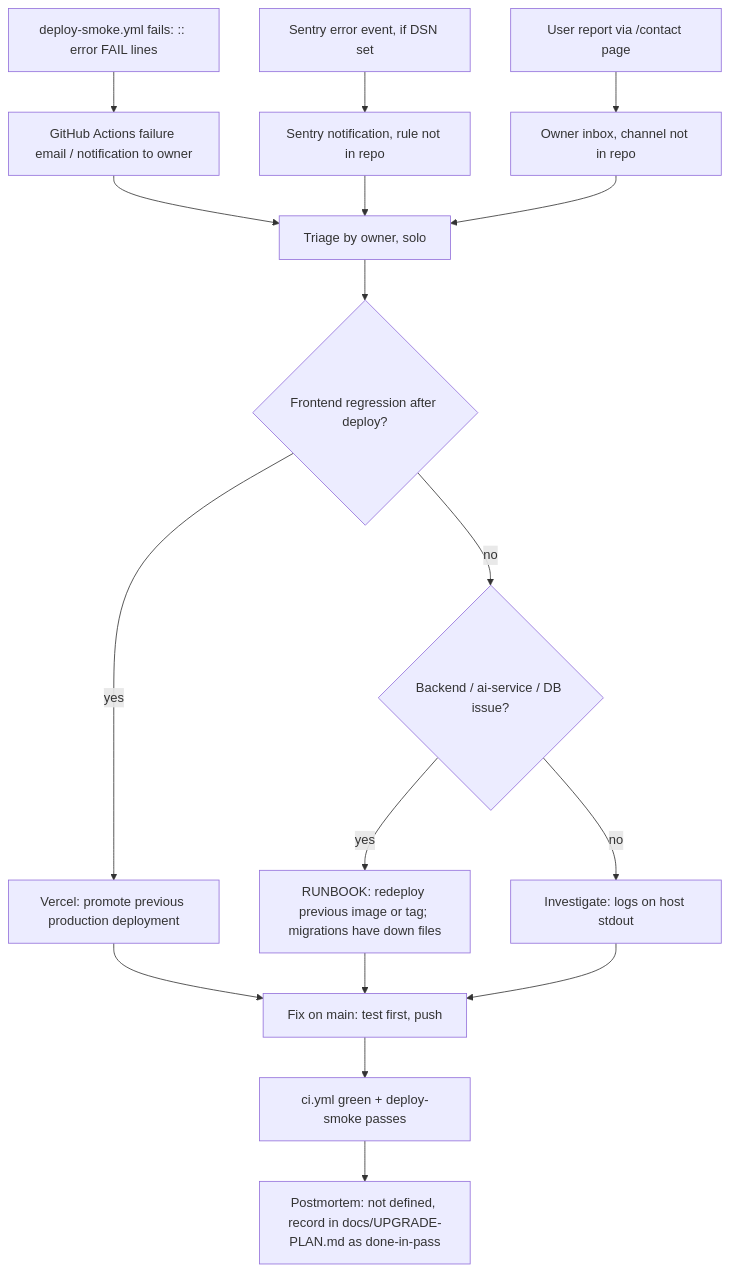
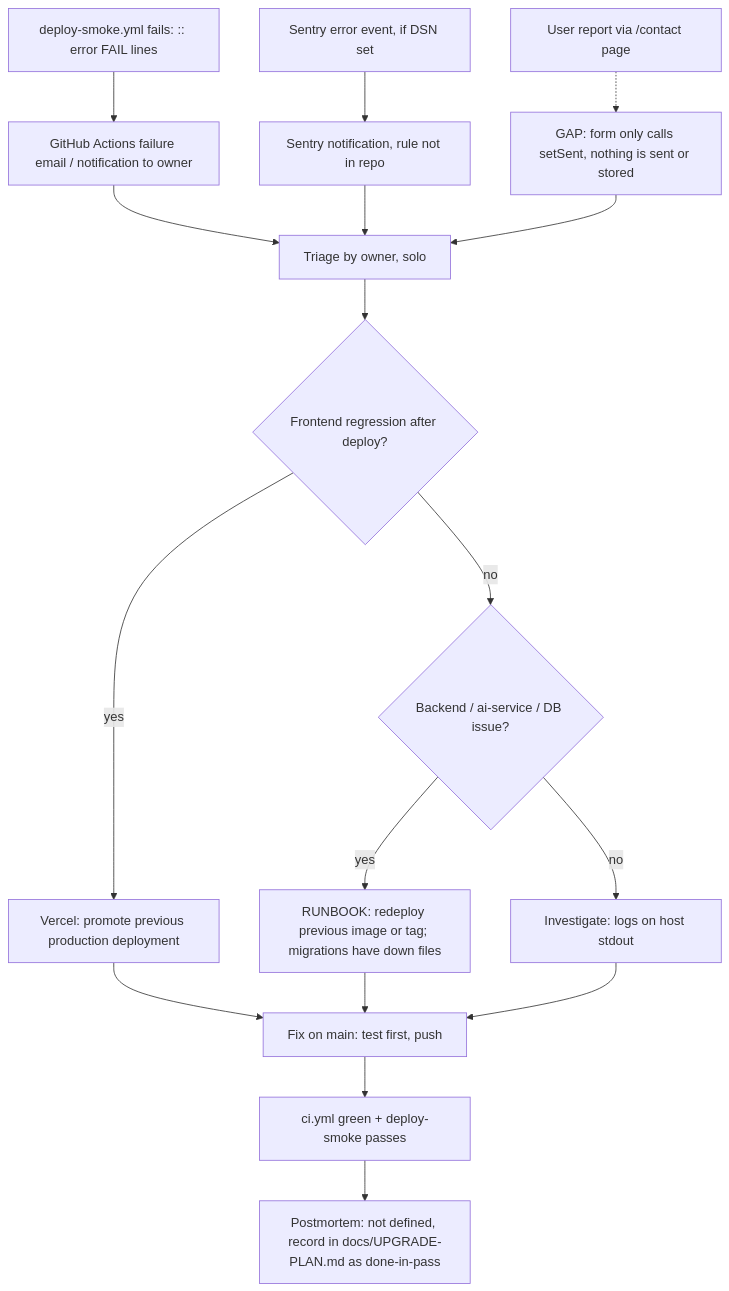
Before and after one commit to bookchaowalit-website/content-bookreading: the diagram in docs/diagrams/21-incident-response.md, drawn with Mermaid. The commit also changed other lines of this file and 2 other files, not shown here.

Commit message:
docs: qualify API-key encryption and mark contact form as a gap
Codex review: apikeys.go stores plaintext when API_KEY_ENCRYPTION_KEY is unset,
and the /contact form only sets local state, so it is not an incident channel.

````diff
--- a/docs/diagrams/21-incident-response.md
+++ b/docs/diagrams/21-incident-response.md
@@ -6,19 +6,19 @@
 ```mermaid
 flowchart TD
     A1["deploy-smoke.yml fails: :: error FAIL lines"] --> N1["GitHub Actions failure email / notification to owner"]
     A2["Sentry error event, if DSN set"] --> N2["Sentry notification, rule not in repo"]
-    A3["User report via /contact page"] --> N3["Owner inbox, channel not in repo"]
+    A3["User report via /contact page"] -.-> N3["GAP: form only calls setSent, nothing is sent or stored"]
     N1 --> T["Triage by owner, solo"]
     N2 --> T
     N3 --> T
     T --> Q1{"Frontend regression after deploy?"}
     Q1 -->|yes| R1["Vercel: promote previous production deployment"]
     Q1 -->|no| Q2{"Backend / ai-service / DB issue?"}
     Q2 -->|yes| R2["RUNBOOK: redeploy previous image or tag; migrations have down files"]
     Q2 -->|no| R3["Investigate: logs on host stdout"]
     R1 --> F["Fix on main: test first, push"]
     R2 --> F
     R3 --> F
     F --> V["ci.yml green + deploy-smoke passes"]
     V --> P["Postmortem: not defined, record in docs/UPGRADE-PLAN.md as done-in-pass"]
 ```
````
